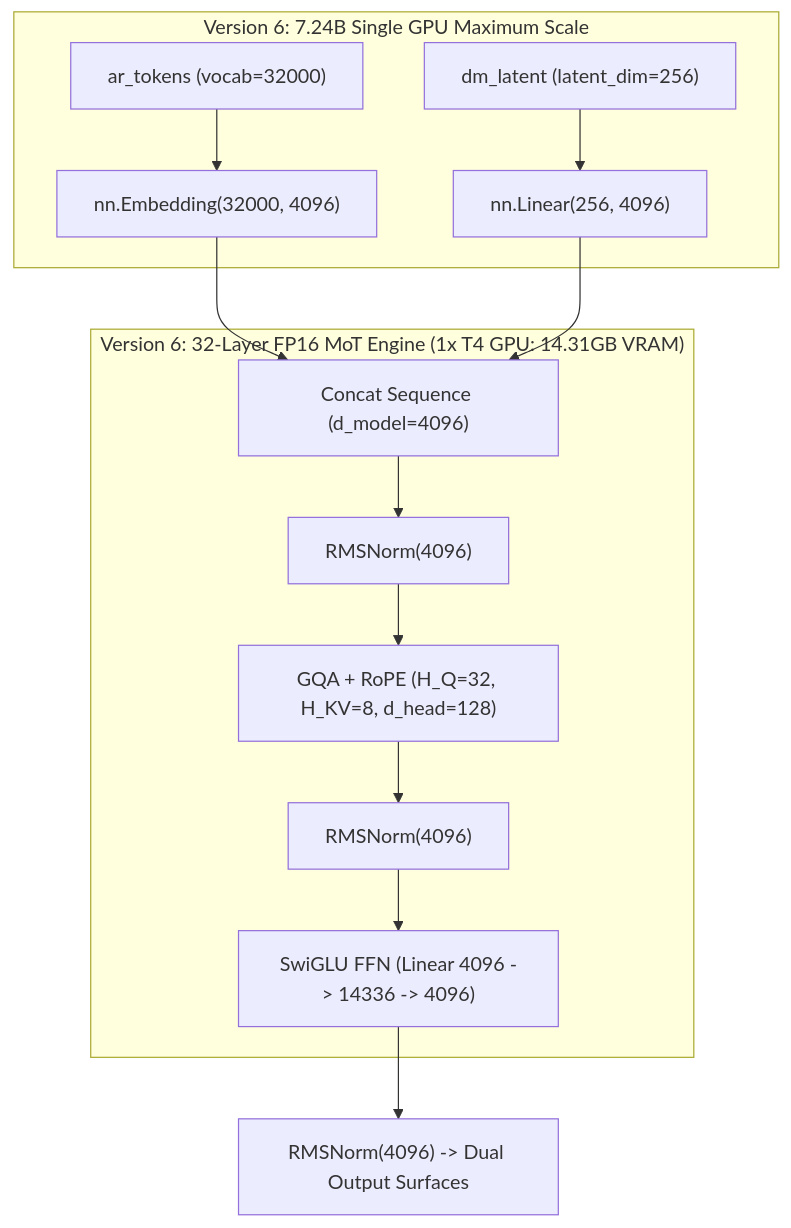
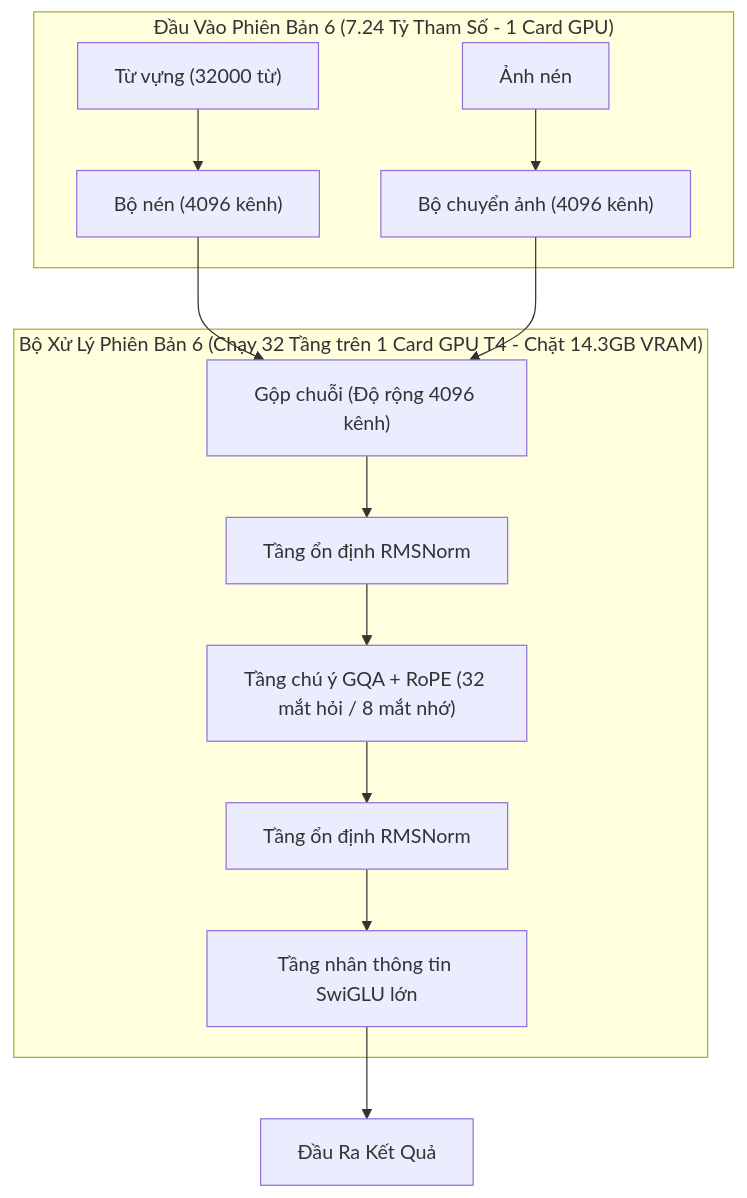
One commit to datascience180806/mini_cosmos changed the seventh of 8 diagrams in VERSION_COMPARISON.md. Above: the diagram before and after it, drawn with Mermaid. The commit also changed other lines of this file, not shown here.

Commit message:
Simplify language in VERSION_COMPARISON.md by replacing math formulas and technical terms with clear, intuitive Vietnamese concepts

````diff
--- a/VERSION_COMPARISON.md
+++ b/VERSION_COMPARISON.md
@@ -201,19 +209,19 @@
 ```mermaid
 flowchart TD
-    subgraph V6_INPUTS["Version 6: 7.24B Single GPU Maximum Scale"]
-        V6_AR["ar_tokens (vocab=32000)"] --> V6_EMB["nn.Embedding(32000, 4096)"]
-        V6_DM["dm_latent (latent_dim=256)"] --> V6_PROJ["nn.Linear(256, 4096)"]
+    subgraph V6_INPUTS["Đầu Vào Phiên Bản 6 (7.24 Tỷ Tham Số - 1 Card GPU)"]
+        V6_AR["Từ vựng (32000 từ)"] --> V6_EMB["Bộ nén (4096 kênh)"]
+        V6_DM["Ảnh nén"] --> V6_PROJ["Bộ chuyển ảnh (4096 kênh)"]
     end
 
-    V6_EMB --> V6_CAT["Concat Sequence (d_model=4096)"]
+    V6_EMB --> V6_CAT["Gộp chuỗi (Độ rộng 4096 kênh)"]
     V6_PROJ --> V6_CAT
 
-    subgraph V6_BLOCKS["Version 6: 32-Layer FP16 MoT Engine (1x T4 GPU: 14.31GB VRAM)"]
-        V6_CAT --> V6_RMS1["RMSNorm(4096)"]
-        V6_RMS1 --> V6_GQA["GQA + RoPE (H_Q=32, H_KV=8, d_head=128)"]
-        V6_GQA --> V6_RMS2["RMSNorm(4096)"]
-        V6_RMS2 --> V6_SWIGLU["SwiGLU FFN (Linear 4096 -> 14336 -> 4096)"]
+    subgraph V6_BLOCKS["Bộ Xử Lý Phiên Bản 6 (Chạy 32 Tầng trên 1 Card GPU T4 - Chặt 14.3GB VRAM)"]
+        V6_CAT --> V6_RMS1["Tầng ổn định RMSNorm"]
+        V6_RMS1 --> V6_GQA["Tầng chú ý GQA + RoPE (32 mắt hỏi / 8 mắt nhớ)"]
+        V6_GQA --> V6_RMS2["Tầng ổn định RMSNorm"]
+        V6_RMS2 --> V6_SWIGLU["Tầng nhân thông tin SwiGLU lớn"]
     end
 
-    V6_SWIGLU --> V6_OUT["RMSNorm(4096) -> Dual Output Surfaces"]
+    V6_SWIGLU --> V6_OUT["Đầu Ra Kết Quả"]
 ```
````
